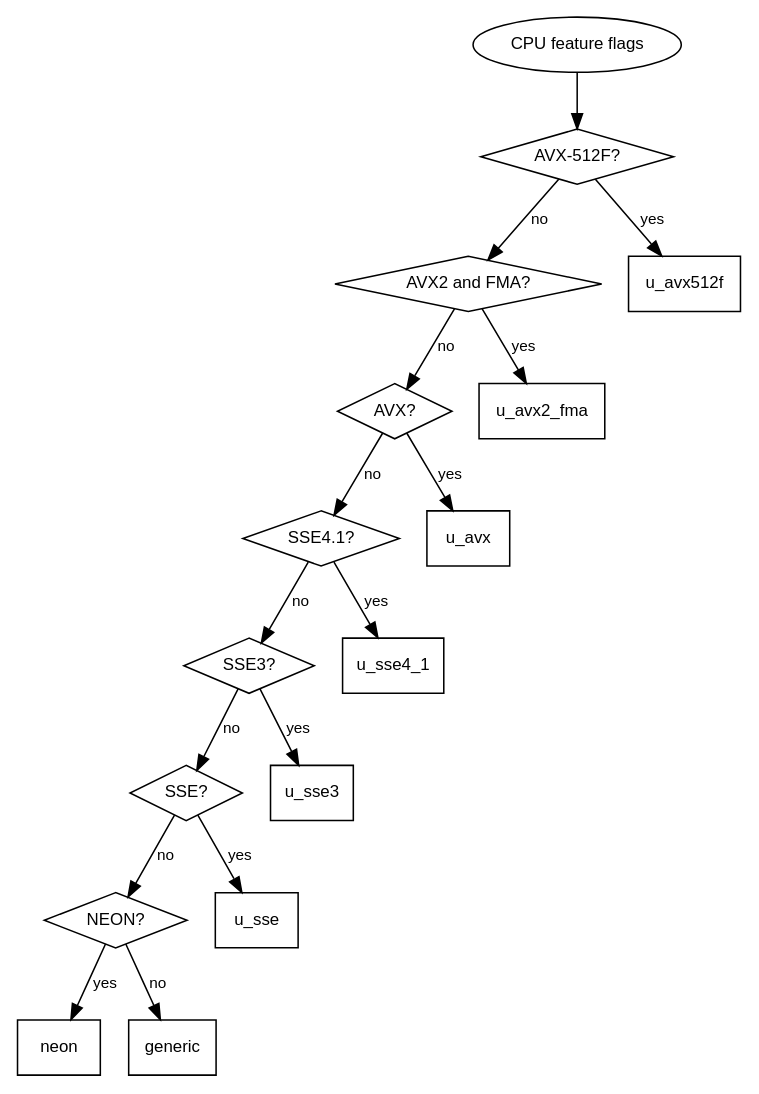
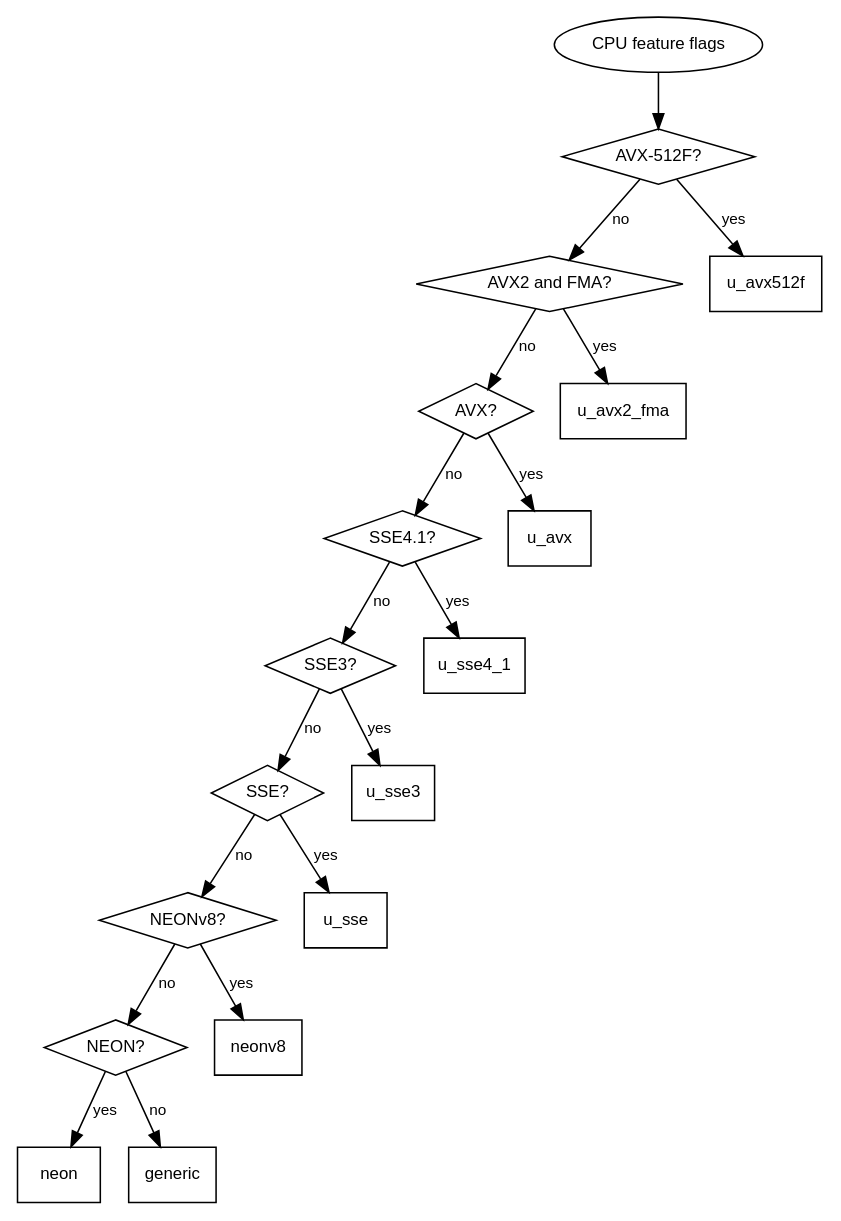
The diagram in docs/revision/chapters/01-simd-by-example/lessons/01-dot-prod-32f/diagrams/dispatch.dot (mtibbits/volk), drawn with Graphviz before and after one commit. The commit also changed 11 other files, not shown here.

```diff
--- a/docs/revision/chapters/01-simd-by-example/lessons/01-dot-prod-32f/diagrams/dispatch.dot
+++ b/docs/revision/chapters/01-simd-by-example/lessons/01-dot-prod-32f/diagrams/dispatch.dot
@@ -1,29 +1,32 @@
 digraph dispatch {
   rankdir=TB;
   node [shape=box, fontname="Helvetica", fontsize=11];
   edge [fontname="Helvetica", fontsize=10];
   cpu      [label="CPU feature flags", shape=ellipse];
   q512     [label="AVX-512F?", shape=diamond];
   qfma     [label="AVX2 and FMA?", shape=diamond];
   qavx     [label="AVX?", shape=diamond];
   qsse41   [label="SSE4.1?", shape=diamond];
   qsse3    [label="SSE3?", shape=diamond];
   qsse     [label="SSE?", shape=diamond];
+  qneonv8  [label="NEONv8?", shape=diamond];
   qneon    [label="NEON?", shape=diamond];
   avx512   [label="u_avx512f", id="u-avx512f"];
   avx2fma  [label="u_avx2_fma", id="u-avx2-fma"];
   avx      [label="u_avx", id="u-avx"];
   sse41    [label="u_sse4_1", id="u-sse4-1"];
   sse3     [label="u_sse3", id="u-sse3"];
   sse      [label="u_sse", id="u-sse"];
+  neonv8   [label="neonv8", id="neonv8"];
   neon     [label="neon", id="neon"];
   generic  [label="generic", id="generic"];
   cpu -> q512;
   q512 -> avx512 [label="yes"]; q512 -> qfma [label="no"];
   qfma -> avx2fma [label="yes"]; qfma -> qavx [label="no"];
   qavx -> avx [label="yes"]; qavx -> qsse41 [label="no"];
   qsse41 -> sse41 [label="yes"]; qsse41 -> qsse3 [label="no"];
   qsse3 -> sse3 [label="yes"]; qsse3 -> qsse [label="no"];
-  qsse -> sse [label="yes"]; qsse -> qneon [label="no"];
+  qsse -> sse [label="yes"]; qsse -> qneonv8 [label="no"];
+  qneonv8 -> neonv8 [label="yes"]; qneonv8 -> qneon [label="no"];
   qneon -> neon [label="yes"]; qneon -> generic [label="no"];
 }
```
